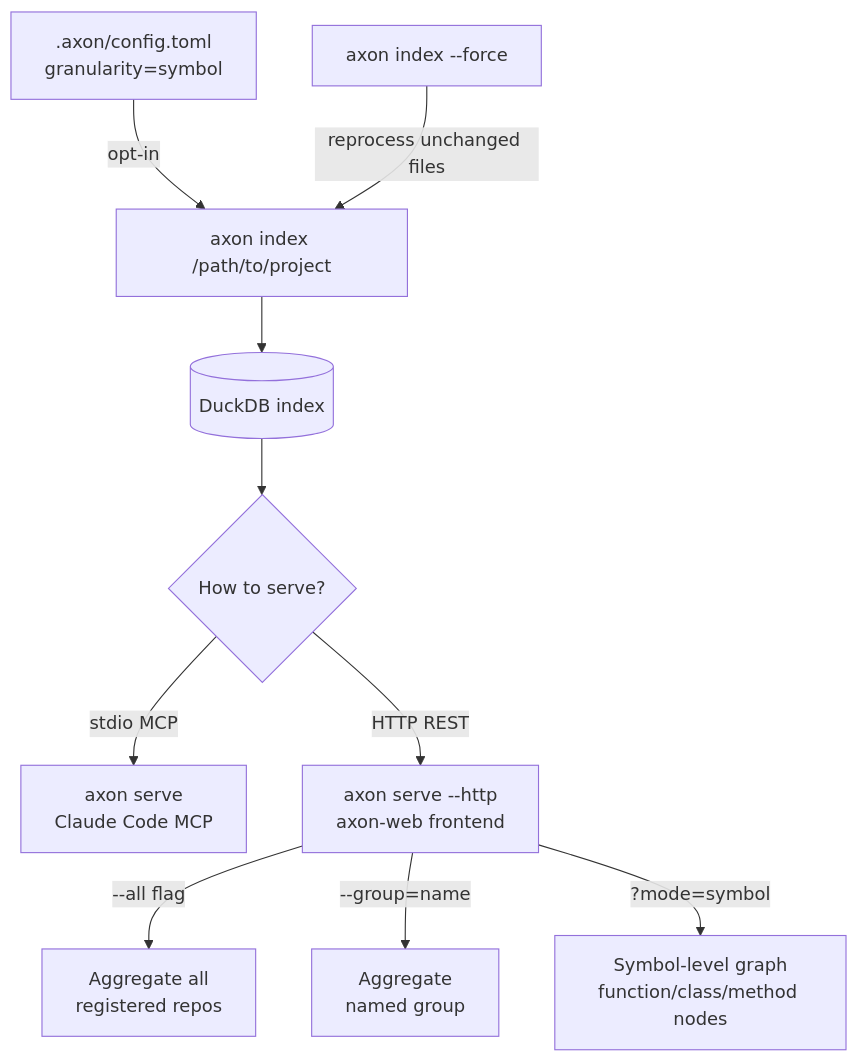
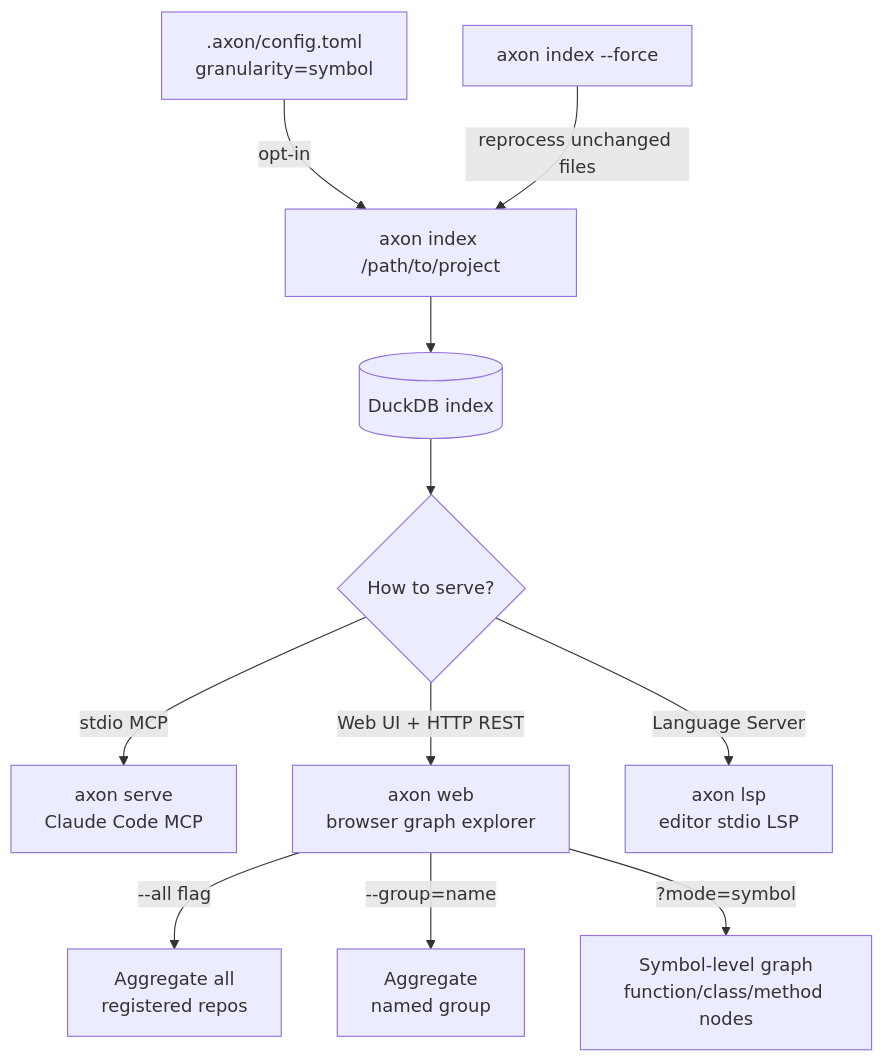
The diagram in docs/en/getting-started.md (HideakiSolutions/axon), drawn with Mermaid before and after one commit. The commit also changed other lines of this file and 12 other files, not shown here.

Commit message:
feat: expose web and lsp commands

````diff
--- a/docs/en/getting-started.md
+++ b/docs/en/getting-started.md
@@ -9,12 +9,13 @@
 ```mermaid
 flowchart TD
     A[axon index /path/to/project] --> B[(DuckDB index)]
     A2[.axon/config.toml<br/>granularity=symbol] -->|opt-in| A
     A3[axon index --force] -->|reprocess unchanged files| A
     B --> C{How to serve?}
     C -->|stdio MCP| D[axon serve<br/>Claude Code MCP]
-    C -->|HTTP REST| E[axon serve --http<br/>axon-web frontend]
+    C -->|Web UI + HTTP REST| E[axon web<br/>browser graph explorer]
+    C -->|Language Server| L[axon lsp<br/>editor stdio LSP]
     E -->|--all flag| F[Aggregate all<br/>registered repos]
     E -->|--group=name| G[Aggregate<br/>named group]
     E -->|?mode=symbol| H[Symbol-level graph<br/>function/class/method nodes]
 ```
````
